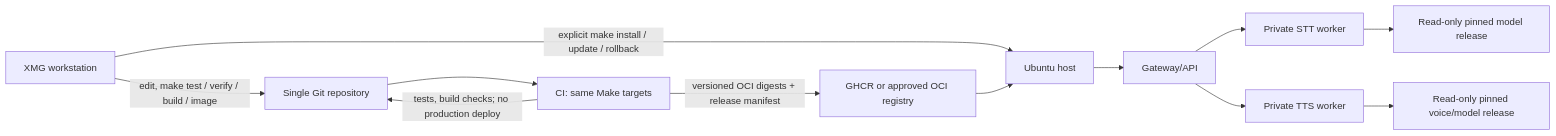
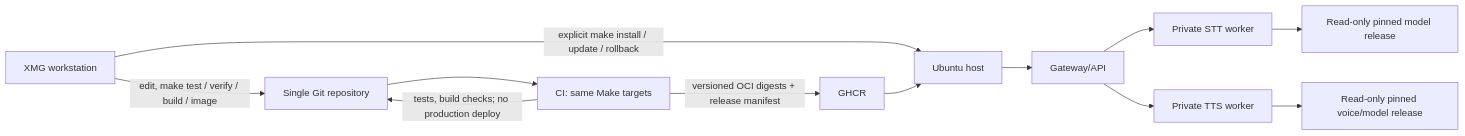
Before and after one commit to azargarov/speech-platform: the diagram in docs/architecture/platform-redesign.md, drawn with Mermaid. The commit also changed other lines of this file and 20 other files, not shown here.

````diff
--- a/docs/architecture/platform-redesign.md
+++ b/docs/architecture/platform-redesign.md
@@ -13,14 +13,14 @@
 ```mermaid
 flowchart LR
     X[XMG workstation] -->|edit, make test / verify / build / image| G[Single Git repository]
     G --> C[CI: same Make targets]
-    C -->|versioned OCI digests + release manifest| R[GHCR or approved OCI registry]
+    C -->|versioned OCI digests + release manifest| R[GHCR]
     C -->|tests, build checks; no production deploy| G
     X -->|explicit make install / update / rollback| H[Ubuntu host]
     R --> H
     H --> GW[Gateway/API]
     GW --> STT[Private STT worker]
     GW --> TTS[Private TTS worker]
     STT --> MS[Read-only pinned model release]
     TTS --> MT[Read-only pinned voice/model release]
 ```
````
